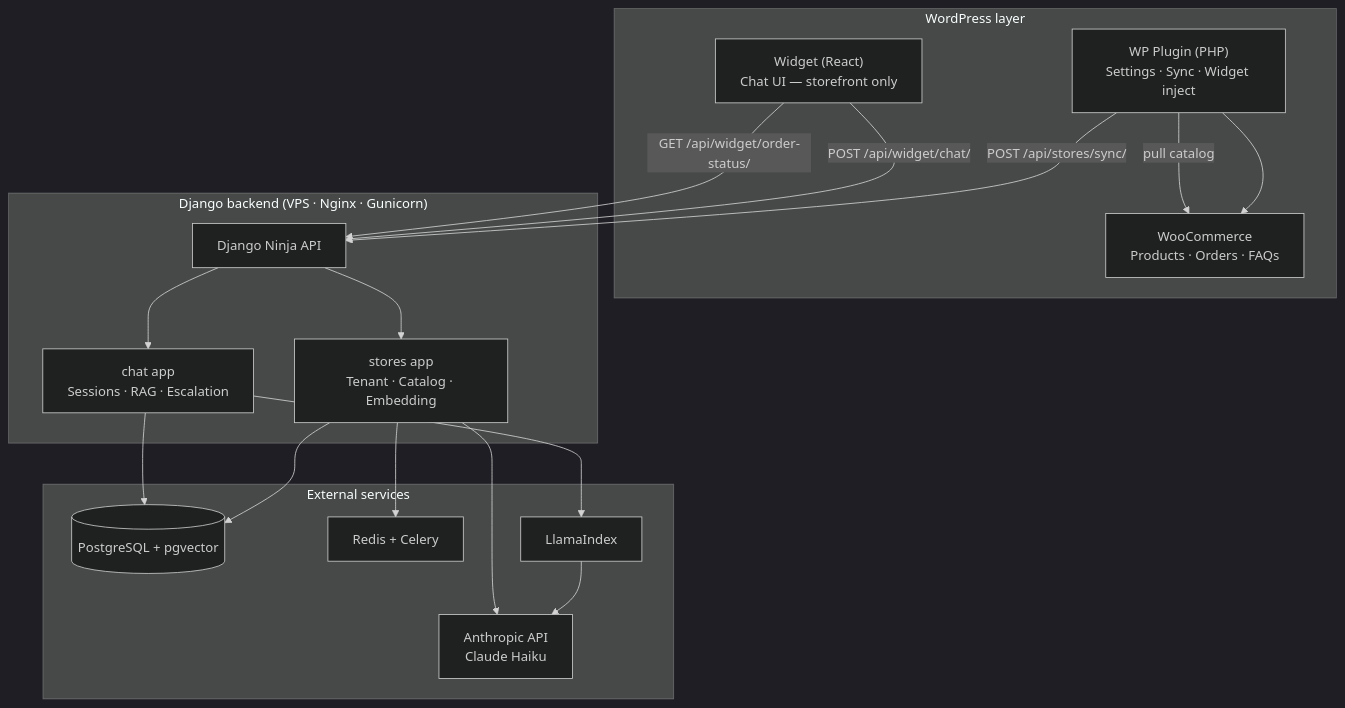
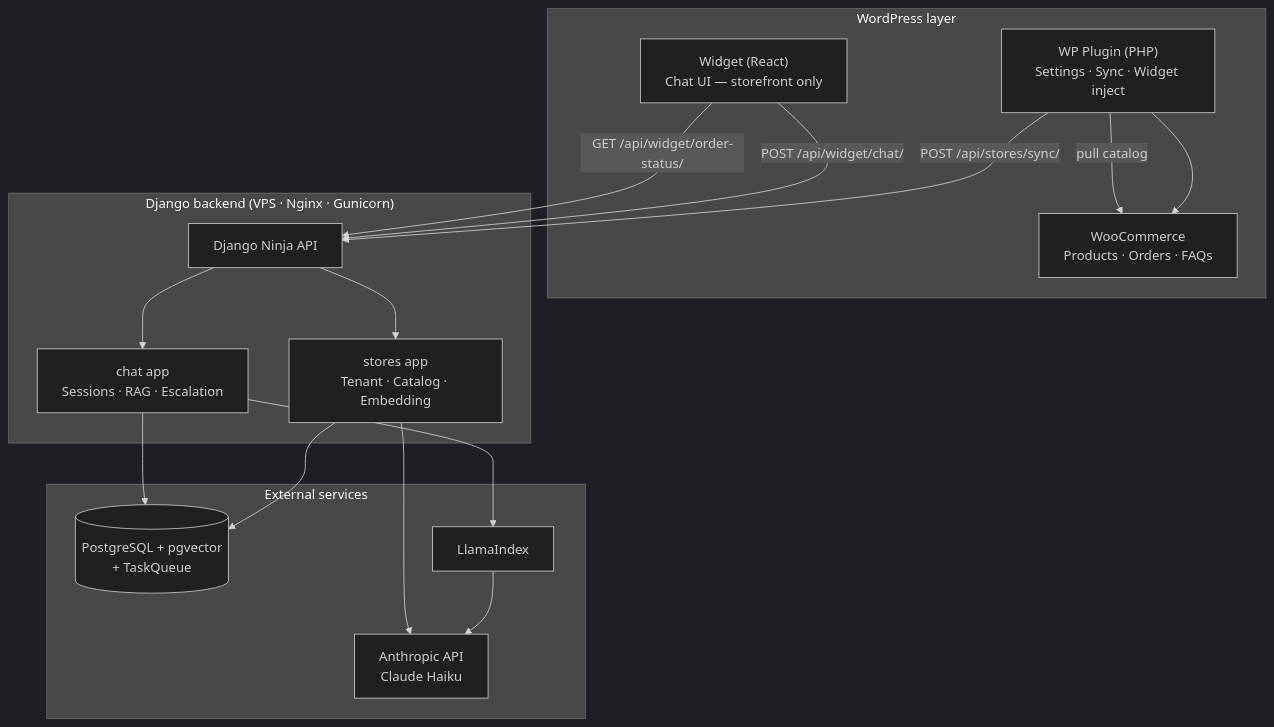
One commit to aji-pratama/woocs changed the first of 5 diagrams in .docs/PRD_v0.md. Above: the diagram before and after it, drawn with Mermaid (dark theme). The commit also changed other lines of this file and 1 other file, not shown here.

Commit message:
docs: update architecture documentation to reflect removal of Redis, migration to Django Tasks, and new directory structure

````diff
--- a/.docs/PRD_v0.md
+++ b/.docs/PRD_v0.md
@@ -1220,36 +1220,34 @@
 ```mermaid
 graph TD
   subgraph WP["WordPress layer"]
     Plugin["WP Plugin (PHP)\nSettings · Sync · Widget inject"]
     WC["WooCommerce\nProducts · Orders · FAQs"]
     Widget["Widget (React)\nChat UI — storefront only"]
     Plugin --> WC
   end
 
   subgraph Django["Django backend (VPS · Nginx · Gunicorn)"]
     Ninja["Django Ninja API"]
     Stores["stores app\nTenant · Catalog · Embedding"]
     Chat["chat app\nSessions · RAG · Escalation"]
     Ninja --> Stores
     Ninja --> Chat
   end
 
   subgraph External["External services"]
-    PG[("PostgreSQL + pgvector")]
-    Redis["Redis + Celery"]
+    PG[("PostgreSQL + pgvector\n+ TaskQueue")]
     Anthropic["Anthropic API\nClaude Haiku"]
     Llama["LlamaIndex"]
   end
 
   Plugin -->|"POST /api/stores/sync/"| Ninja
   Plugin -->|"pull catalog"| WC
   Widget -->|"POST /api/widget/chat/"| Ninja
   Widget -->|"GET /api/widget/order-status/"| Ninja
 
-  Stores --> Redis
   Stores --> PG
   Chat --> PG
   Chat --> Llama
   Llama --> Anthropic
   Stores --> Anthropic
 ```
````
